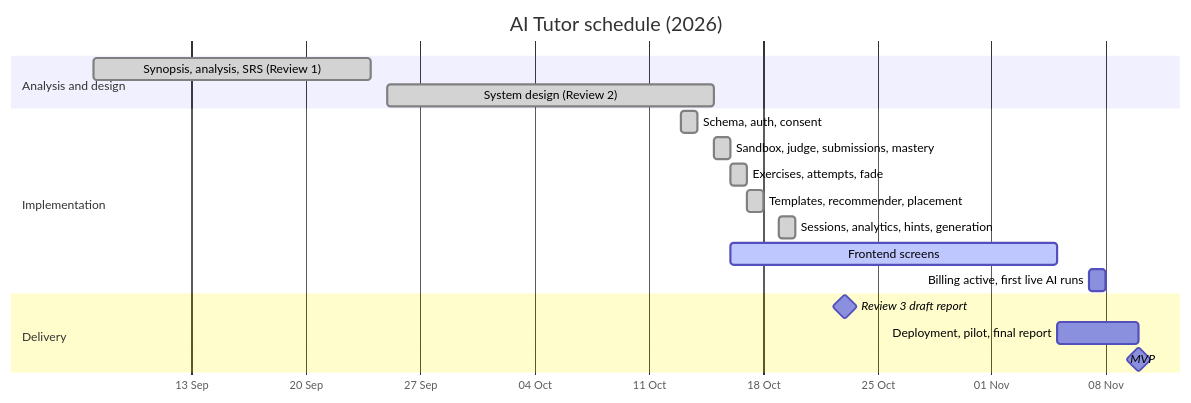
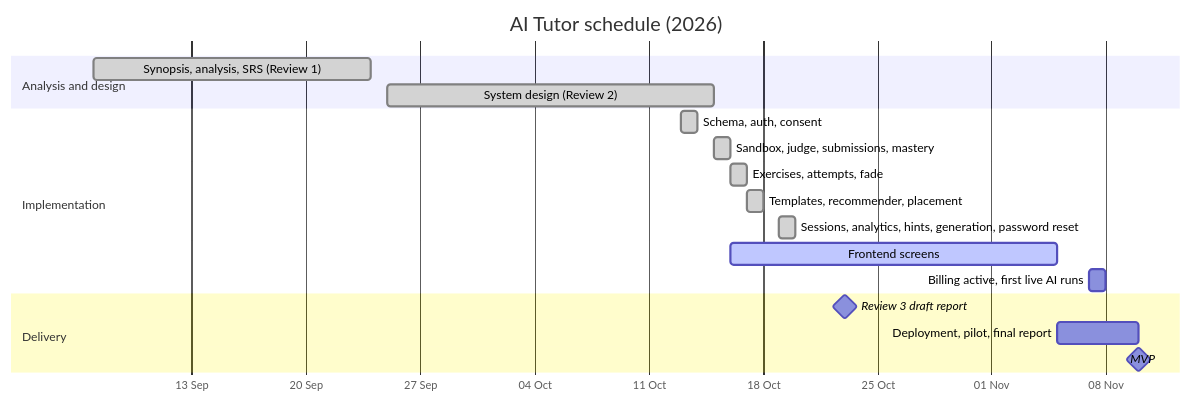
Before and after one commit to Nidanos/ai-tutor-platform: the first of 20 diagrams in DOCS/phase-3/MP3-Draft-Report.md, drawn with Mermaid. The commit also changed other lines of this file and 1 other file, not shown here.

Commit message:
docs: update Phase 3 report for password reset (25/25 endpoints, 180 tests)

````diff
--- a/DOCS/phase-3/MP3-Draft-Report.md
+++ b/DOCS/phase-3/MP3-Draft-Report.md
@@ -308,21 +315,21 @@
 ```mermaid
 gantt
   title AI Tutor schedule (2026)
   dateFormat YYYY-MM-DD
   axisFormat %d %b
   section Analysis and design
   Synopsis, analysis, SRS (Review 1)   :done, a, 2026-09-07, 2026-09-24
   System design (Review 2)             :done, b, 2026-09-25, 2026-10-15
   section Implementation
   Schema, auth, consent                :done, c, 2026-10-13, 2026-10-14
   Sandbox, judge, submissions, mastery :done, e, 2026-10-15, 2026-10-16
   Exercises, attempts, fade            :done, g, 2026-10-16, 1d
   Templates, recommender, placement    :done, j, 2026-10-17, 2026-10-18
-  Sessions, analytics, hints, generation :done, l, 2026-10-19, 1d
+  Sessions, analytics, hints, generation, password reset :done, l, 2026-10-19, 1d
   Frontend screens                     :active, h, 2026-10-16, 2026-11-05
   Billing active, first live AI runs   :i, 2026-11-07, 2026-11-08
   section Delivery
   Review 3 draft report                :milestone, 2026-10-23, 0d
   Deployment, pilot, final report      :k, 2026-11-05, 2026-11-10
   MVP                                  :milestone, 2026-11-10, 0d
 ```
````
